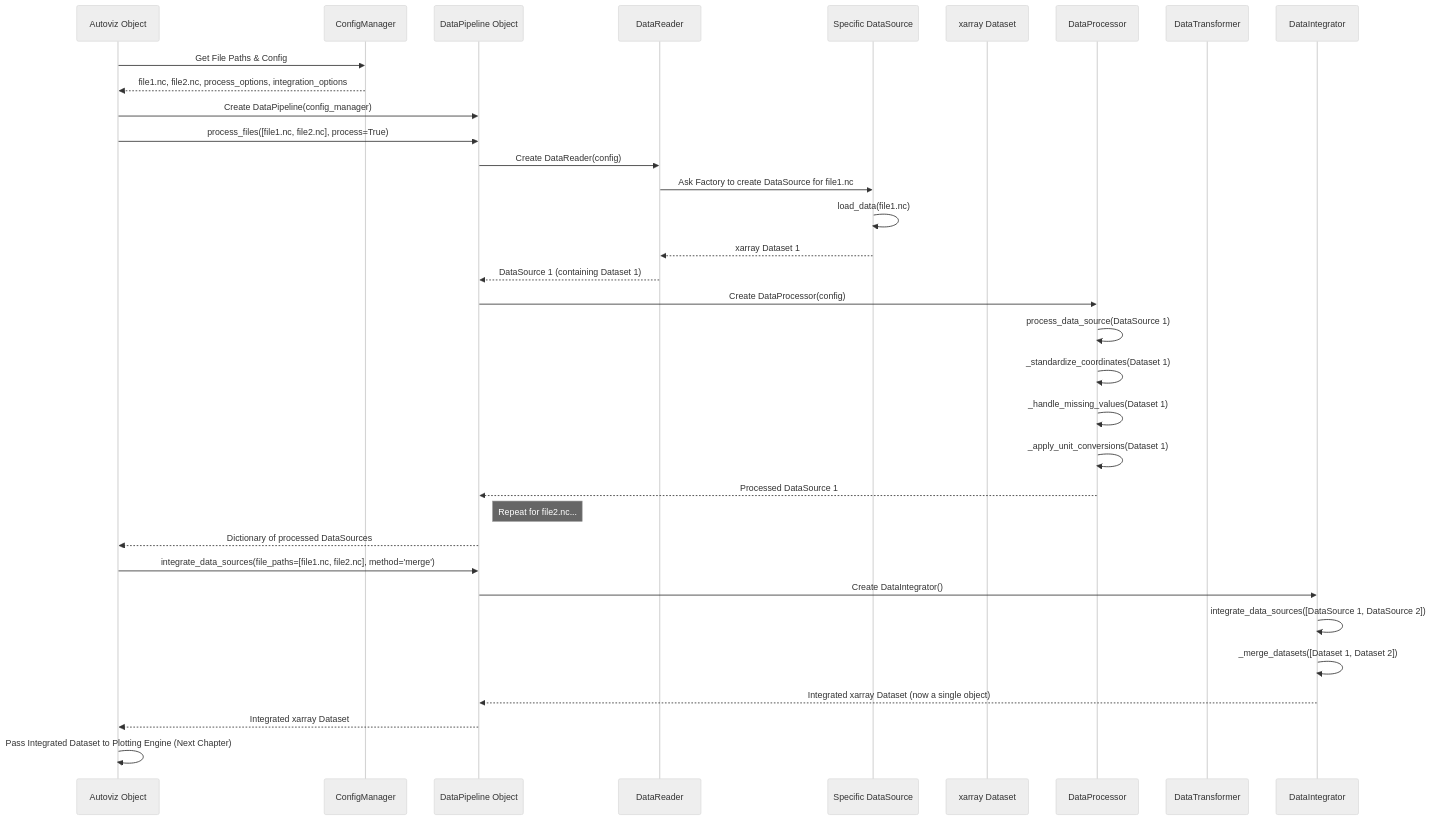
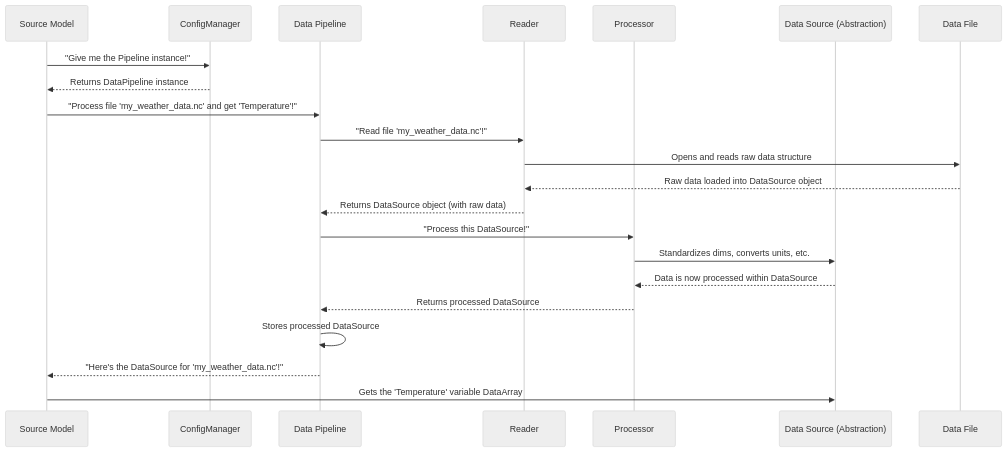
The second of 2 diagrams in docs/tutorial/06_data_processing_pipeline_.md (cacruz/eviz-dev), drawn with Mermaid (neutral theme) before and after one commit. The commit also changed other lines of this file and 15 other files, not shown here.

````diff
--- a/docs/tutorial/06_data_processing_pipeline_.md
+++ b/docs/tutorial/06_data_processing_pipeline_.md
@@ -48,42 +61,25 @@
 ```{mermaid}
 sequenceDiagram
-    participant A as Autoviz Object
-    participant CM as ConfigManager
-    participant DP as DataPipeline Object
-    participant DR as DataReader
-    participant DS as Specific DataSource
-    participant XD as xarray Dataset
-    participant DPR as DataProcessor
-    participant DTR as DataTransformer
-    participant DINT as DataIntegrator
+    participant SourceModel as Source Model
+    participant ConfigMgr as ConfigManager
+    participant DataPipeline as Data Pipeline
+    participant DataReader as Reader
+    participant DataProcessor as Processor
+    participant DataSource as Data Source (Abstraction)
+    participant RawFile as Data File
 
-    A->>CM: Get File Paths & Config
-    CM-->>A: file1.nc, file2.nc, process_options, integration_options
-    A->>DP: Create DataPipeline(config_manager)
-    A->>DP: process_files([file1.nc, file2.nc], process=True)
-
-    DP->>DR: Create DataReader(config)
-    DR->>DS: Ask Factory to create DataSource for file1.nc
-    DS->>DS: load_data(file1.nc)
-    DS-->>DR: xarray Dataset 1
-    DR-->>DP: DataSource 1 (containing Dataset 1)
-
-    DP->>DPR: Create DataProcessor(config)
-    DPR->>DPR: process_data_source(DataSource 1)
-    DPR->>DPR: _standardize_coordinates(Dataset 1)
-    DPR->>DPR: _handle_missing_values(Dataset 1)
-    DPR->>DPR: _apply_unit_conversions(Dataset 1)
-    DPR-->>DP: Processed DataSource 1
-
-    Note right of DP: Repeat for file2.nc...
-    DP-->>A: Dictionary of processed DataSources
-
-    A->>DP: integrate_data_sources(file_paths=[file1.nc, file2.nc], method='merge')
-    DP->>DINT: Create DataIntegrator()
-    DINT->>DINT: integrate_data_sources([DataSource 1, DataSource 2])
-    DINT->>DINT: _merge_datasets([Dataset 1, Dataset 2])
-    DINT-->>DP: Integrated xarray Dataset (now a single object)
-    DP-->>A: Integrated xarray Dataset
-
-    A->>A: Pass Integrated Dataset to Plotting Engine (Next Chapter)
+    SourceModel->>ConfigMgr: "Give me the Pipeline instance!"
+    ConfigMgr-->>SourceModel: Returns DataPipeline instance
+    SourceModel->>DataPipeline: "Process file 'my_weather_data.nc' and get 'Temperature'!"
+    DataPipeline->>DataReader: "Read file 'my_weather_data.nc'!"
+    DataReader->>RawFile: Opens and reads raw data structure
+    RawFile-->>DataReader: Raw data loaded into DataSource object
+    DataReader-->>DataPipeline: Returns DataSource object (with raw data)
+    DataPipeline->>DataProcessor: "Process this DataSource!"
+    DataProcessor->>DataSource: Standardizes dims, converts units, etc.
+    DataSource-->>DataProcessor: Data is now processed within DataSource
+    DataProcessor-->>DataPipeline: Returns processed DataSource
+    DataPipeline->>DataPipeline: Stores processed DataSource
+    DataPipeline-->>SourceModel: "Here's the DataSource for 'my_weather_data.nc'!"
+    SourceModel->>DataSource: Gets the 'Temperature' variable DataArray
 ```
````
